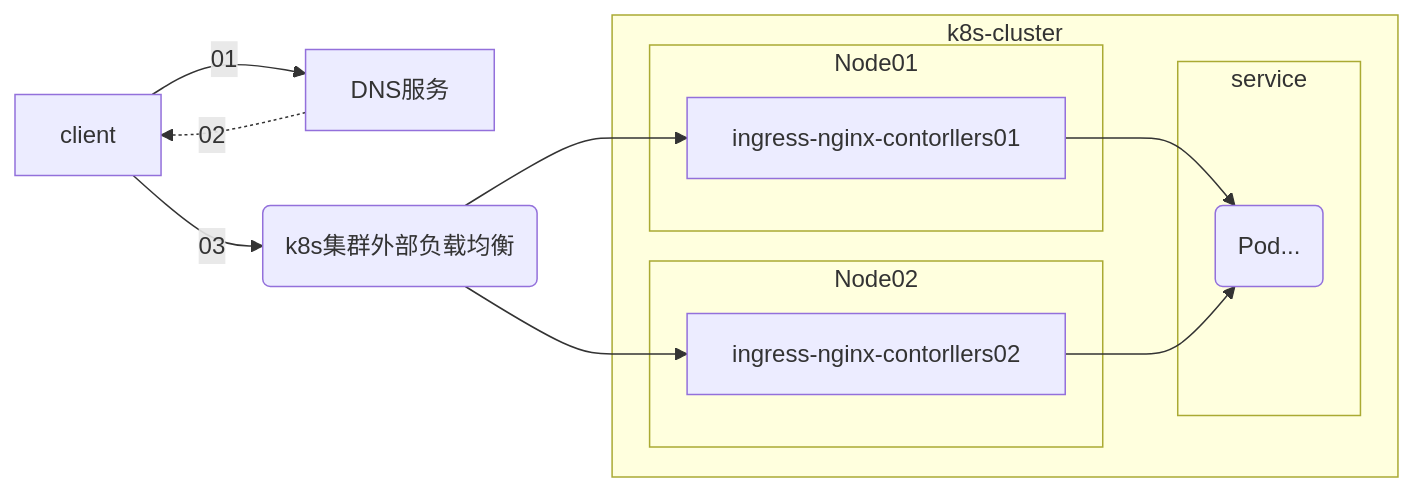
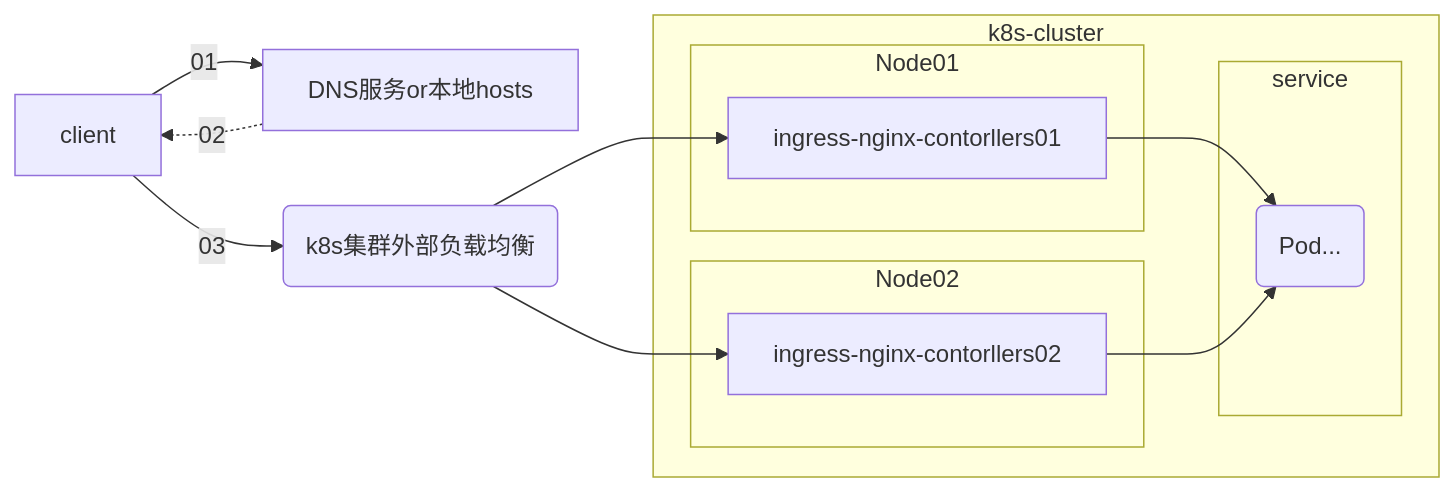
One commit to lijiapengsa/blog changed the second of 2 diagrams in source/_posts/k8s06-ingress-nginx实践.md. Above: the diagram before and after it, drawn with Mermaid.

Commit message:
ingress 文档更新

````diff
--- a/source/_posts/k8s06-ingress-nginx实践.md
+++ b/source/_posts/k8s06-ingress-nginx实践.md
@@ -58,20 +58,20 @@
 ```mermaid
 graph LR
-client --> |01| DNS服务
-DNS服务 -.-> |02| client
+client --> |01| DNS服务or本地hosts
+DNS服务or本地hosts -.-> |02| client
 client --> |03| SLB(k8s集群外部负载均衡)
 SLB --> ingress-nginx-contorllers01
 SLB --> ingress-nginx-contorllers02
 
 subgraph k8s-cluster
 subgraph service
 Pod(Pod...)
 end
 subgraph Node01
 ingress-nginx-contorllers01 --> Pod
 end
 subgraph Node02
 ingress-nginx-contorllers02 --> Pod
 end
 end
 ```
````
